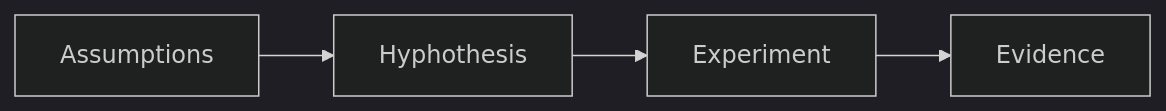
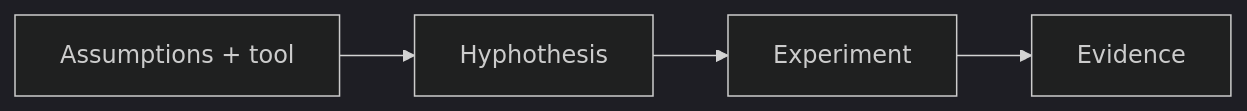
Before and after one commit to DevOn90/test-doc-flow: the sixth of 6 diagrams in product-discovery-guide-simple.md, drawn with Mermaid (dark theme). The commit also changed other lines of this file, not shown here.

Commit message:
documentation: enhance assumptions backlog section and update related processes

````diff
--- a/product-discovery-guide-simple.md
+++ b/product-discovery-guide-simple.md
@@ -143,6 +187,6 @@
 ```mermaid
 flowchart LR
-    A[Assumptions] --> B[Hyphothesis]
+    A[Assumptions + tool] --> B[Hyphothesis]
     B --> C[Experiment]
     C --> D[Evidence]
 ```
````
